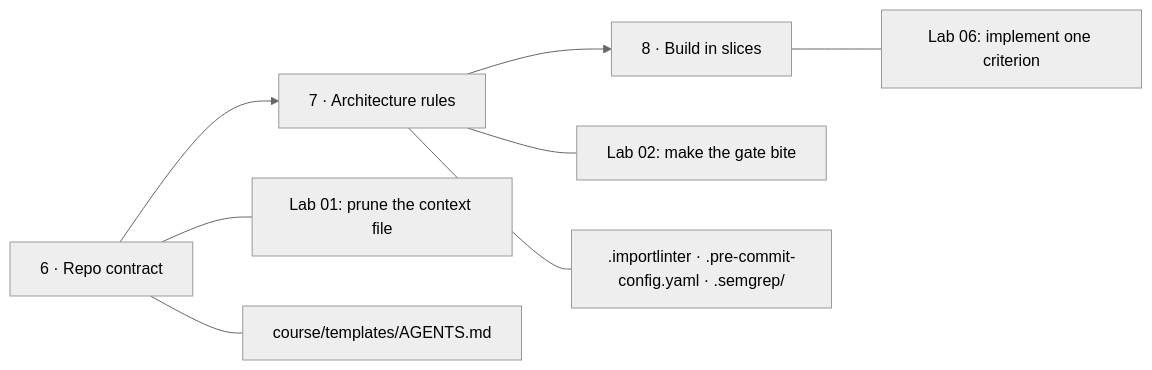
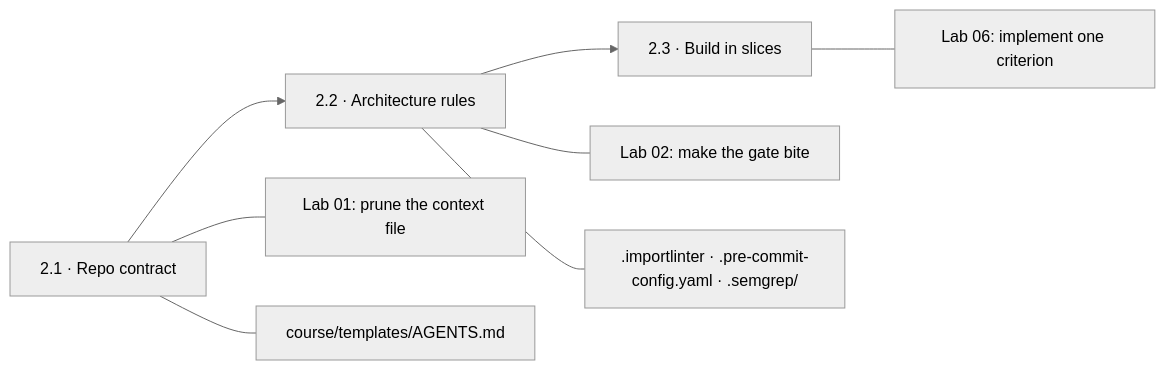
The sixth of 9 diagrams in course/guide.md (limsijie93/tt-masterclass-agentic-sdlc), drawn with Mermaid (neutral theme) before and after one commit. The commit also changed other lines of this file and 28 other files, not shown here.

````diff
--- a/course/guide.md
+++ b/course/guide.md
@@ -127,9 +153,9 @@
 ```mermaid
 flowchart LR
-    l6["6 · Repo contract"] --> l7["7 · Architecture rules"] --> l8["8 · Build in slices"]
+    l6["2.1 · Repo contract"] --> l7["2.2 · Architecture rules"] --> l8["2.3 · Build in slices"]
     l6 --- d6["Lab 01: prune the context file"]
     l7 --- d7["Lab 02: make the gate bite"]
     l8 --- d8["Lab 06: implement one criterion"]
     l6 --- c6["course/templates/AGENTS.md"]
     l7 --- c7[".importlinter · .pre-commit-config.yaml · .semgrep/"]
 ```
````
